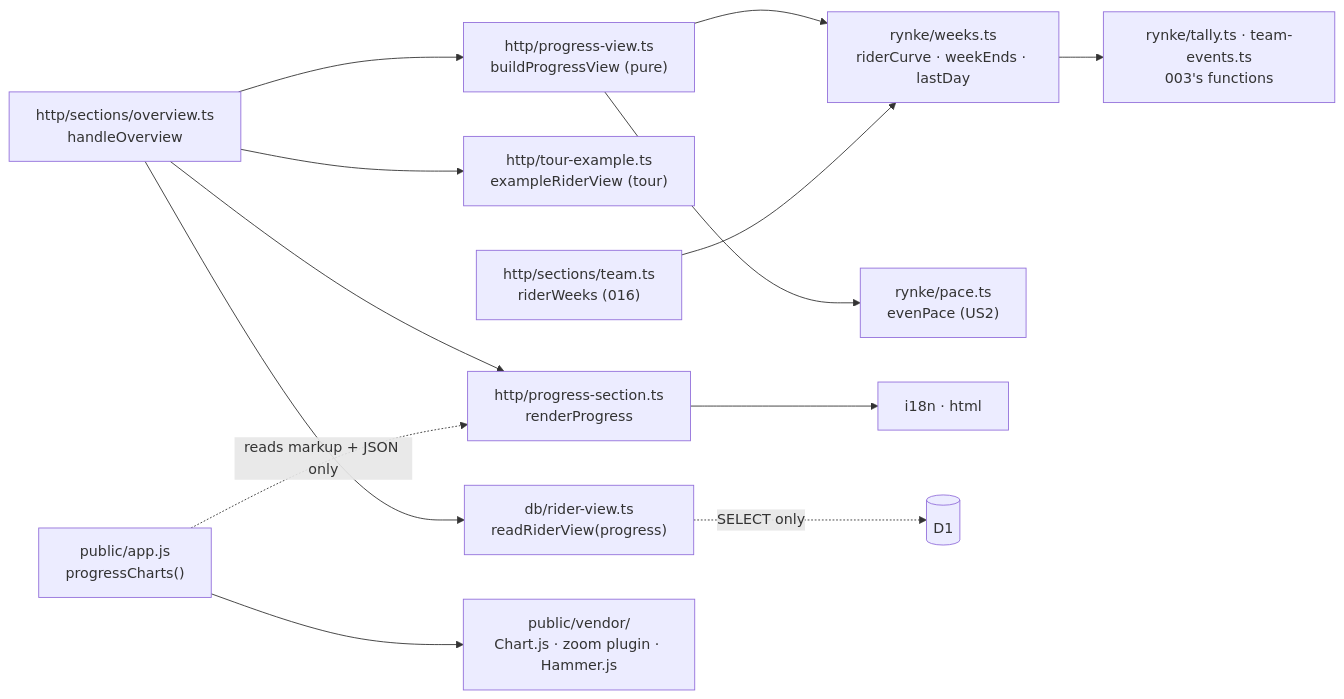
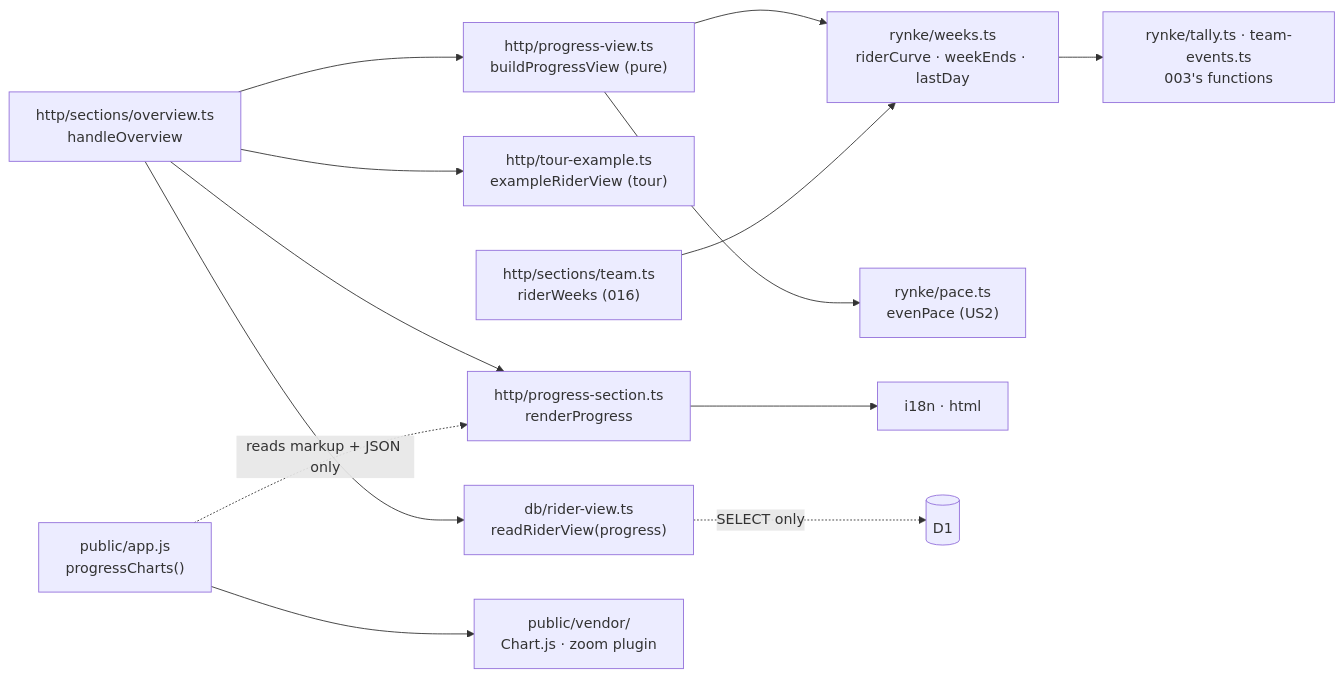
One commit to SaSteffen/RynkePoints changed the first of 6 diagrams in specs/009-rider-progress-charts/plan.md. Above: the diagram before and after it, drawn with Mermaid. The commit also changed other lines of this file and 7 other files, not shown here.

````diff
--- a/specs/009-rider-progress-charts/plan.md
+++ b/specs/009-rider-progress-charts/plan.md
@@ -208,15 +209,15 @@
 ```mermaid
 flowchart LR
     ov["http/sections/overview.ts<br/>handleOverview"] --> read["db/rider-view.ts<br/>readRiderView(progress)"]
     ov --> ex["http/tour-example.ts<br/>exampleRiderView (tour)"]
     ov --> pview["http/progress-view.ts<br/>buildProgressView (pure)"]
     ov --> psec["http/progress-section.ts<br/>renderProgress"]
     pview --> weeks["rynke/weeks.ts<br/>riderCurve · weekEnds · lastDay"]
     pview --> pace["rynke/pace.ts<br/>evenPace (US2)"]
     weeks --> tally["rynke/tally.ts · team-events.ts<br/>003's functions"]
     team["http/sections/team.ts<br/>riderWeeks (016)"] --> weeks
     psec --> i18n["i18n · html"]
     app["public/app.js<br/>progressCharts()"] -. "reads markup + JSON only" .-> psec
-    app --> lib["public/vendor/<br/>Chart.js · zoom plugin · Hammer.js"]
+    app --> lib["public/vendor/<br/>Chart.js · zoom plugin"]
     read -. "SELECT only" .-> d1[("D1")]
 ```
````
